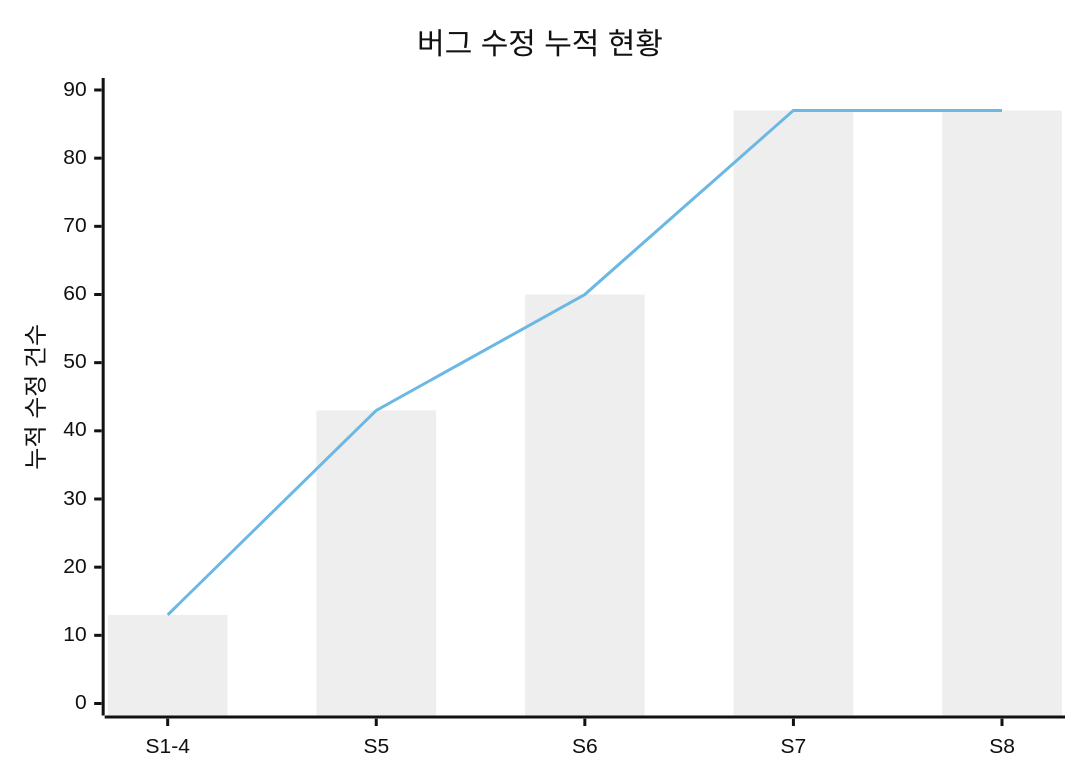
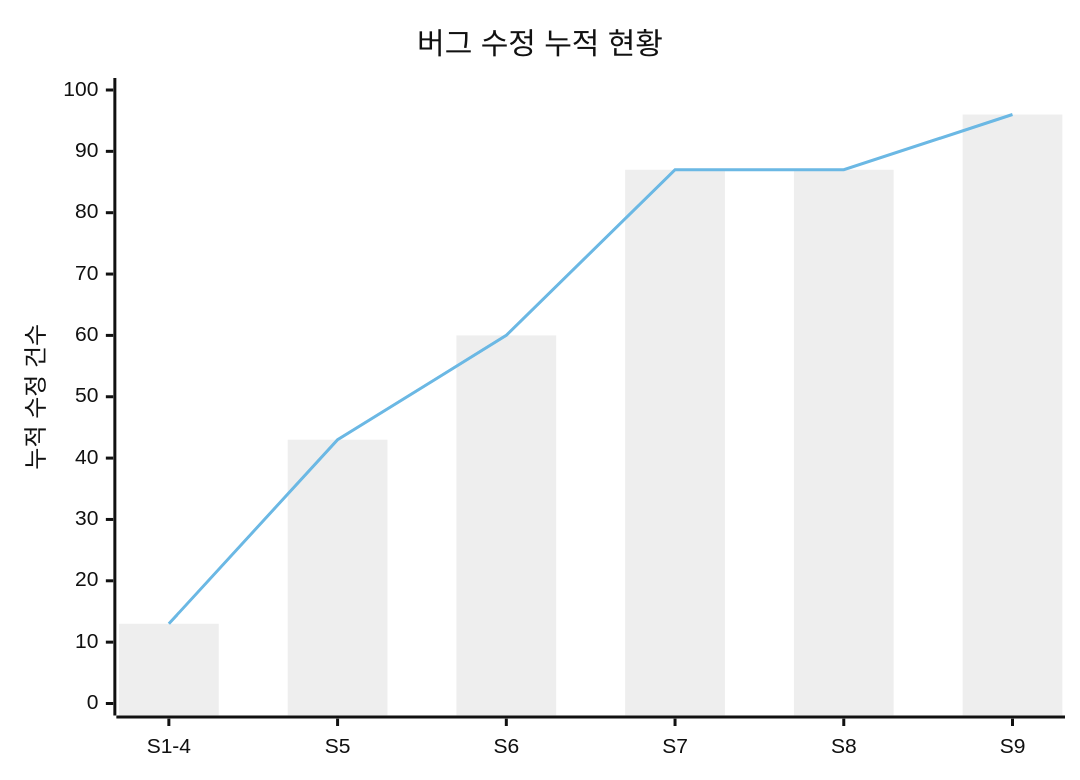
Before and after one commit to sun475300-sudo/Swarm-control-in-sc2bot: diagram 28 of 31 in README.md, drawn with Mermaid (neutral theme). The commit also changed other lines of this file and 3 other files, not shown here.

````diff
--- a/README.md
+++ b/README.md
@@ -810,8 +812,8 @@
 ```mermaid
 xychart-beta
     title "버그 수정 누적 현황"
-    x-axis ["S1-4", "S5", "S6", "S7", "S8"]
-    y-axis "누적 수정 건수" 0 --> 90
-    bar [13, 43, 60, 87, 87]
-    line [13, 43, 60, 87, 87]
+    x-axis ["S1-4", "S5", "S6", "S7", "S8", "S9"]
+    y-axis "누적 수정 건수" 0 --> 100
+    bar [13, 43, 60, 87, 87, 96]
+    line [13, 43, 60, 87, 87, 96]
 ```
````
